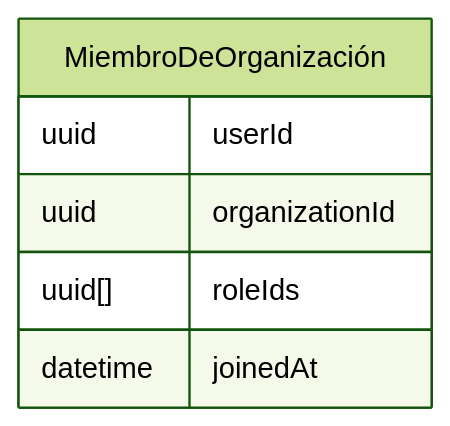
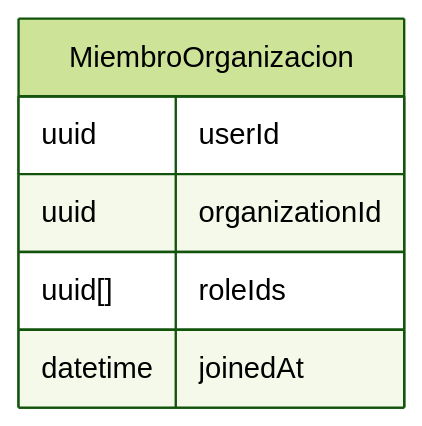
Before and after one commit to logto-io/docs: the fifth of 7 diagrams in i18n/es/docusaurus-plugin-content-docs/current/use-cases/multi-tenancy/build-multi-tenant-saas-application.mdx, drawn with Mermaid (forest theme). The commit also changed other lines of this file and 666 other files, not shown here.

````diff
--- a/i18n/es/docusaurus-plugin-content-docs/current/use-cases/multi-tenancy/build-multi-tenant-saas-application.mdx
+++ b/i18n/es/docusaurus-plugin-content-docs/current/use-cases/multi-tenancy/build-multi-tenant-saas-application.mdx
@@ -281,10 +281,10 @@
 ```mermaid
 erDiagram
-    MiembroDeOrganización {
+    MiembroOrganizacion {
         uuid userId
         uuid organizationId
         uuid[] roleIds
         datetime joinedAt
     }
 
 ```
````
